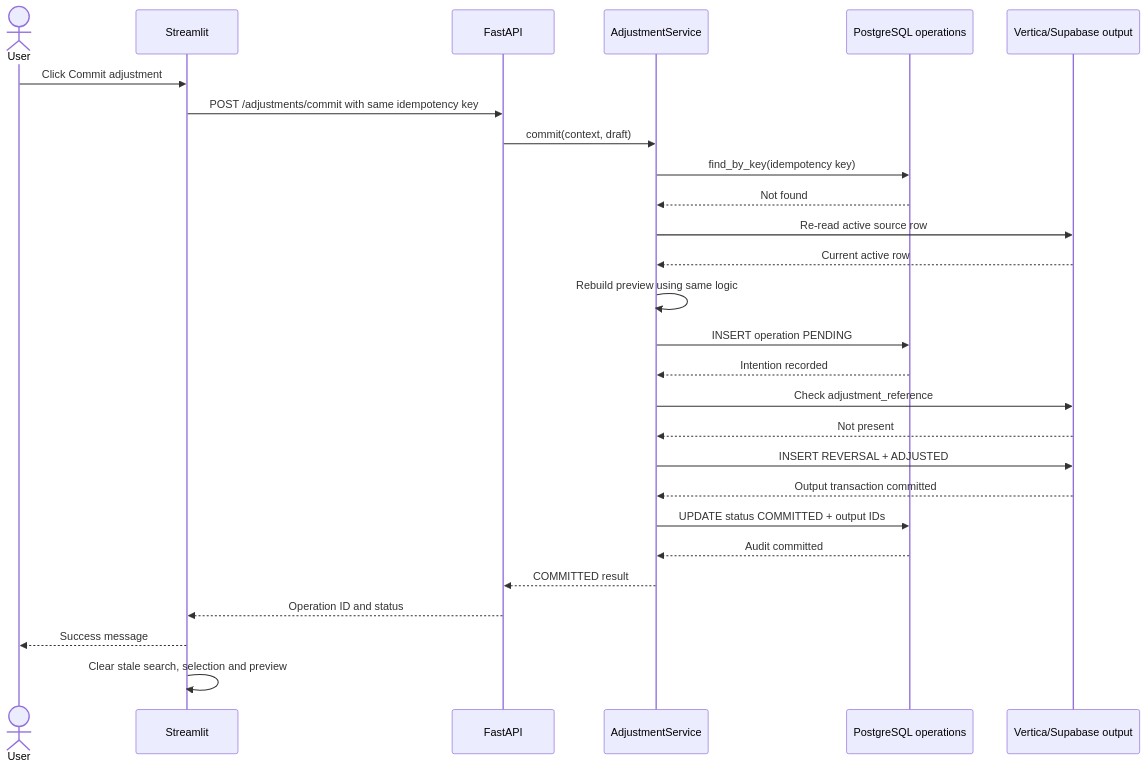
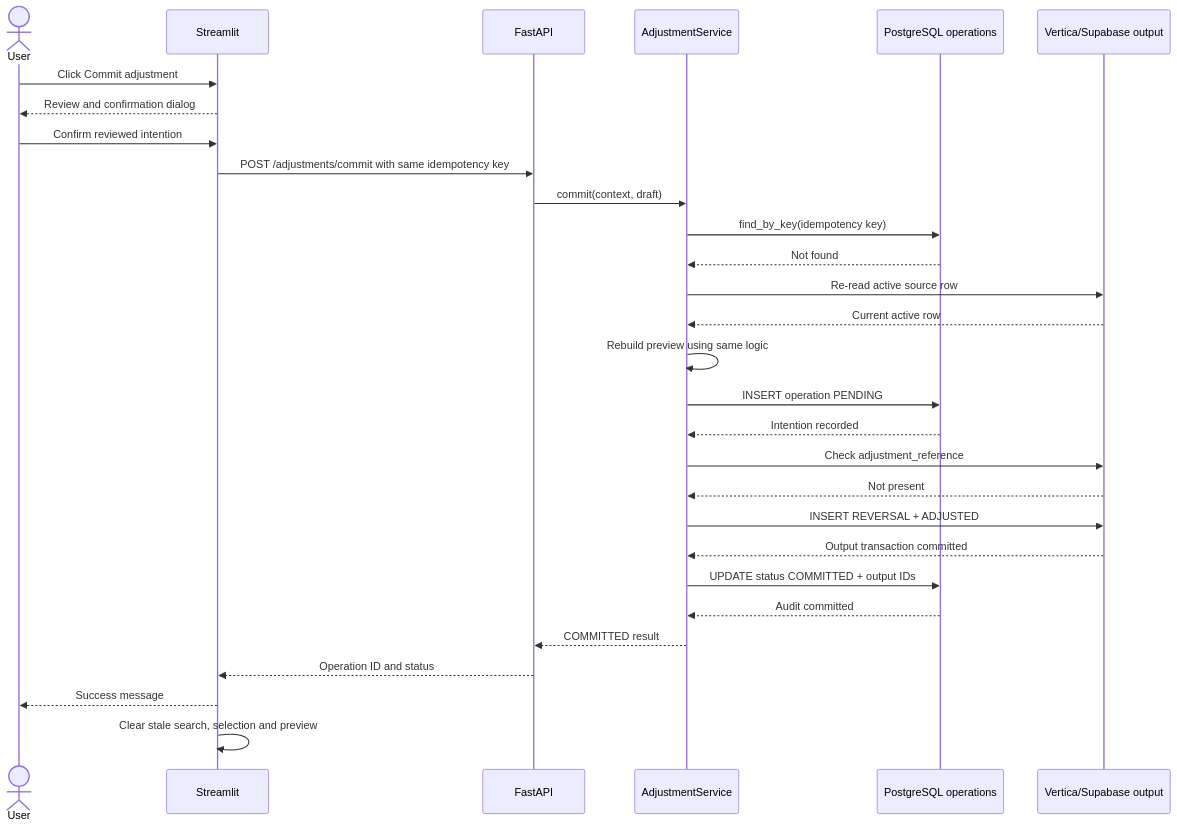
Before and after one commit to younesszaim/ajustement: the sixth of 11 diagrams in docs/streamlit-fastapi-architecture.md, drawn with Mermaid. The commit also changed other lines of this file and 5 other files, not shown here.

````diff
--- a/docs/streamlit-fastapi-architecture.md
+++ b/docs/streamlit-fastapi-architecture.md
@@ -565,30 +571,32 @@
 ```mermaid
 sequenceDiagram
     actor User
     participant UI as Streamlit
     participant API as FastAPI
     participant Service as AdjustmentService
     participant Meta as PostgreSQL operations
     participant Output as Vertica/Supabase output
 
     User->>UI: Click Commit adjustment
+    UI-->>User: Review and confirmation dialog
+    User->>UI: Confirm reviewed intention
     UI->>API: POST /adjustments/commit with same idempotency key
     API->>Service: commit(context, draft)
     Service->>Meta: find_by_key(idempotency key)
     Meta-->>Service: Not found
     Service->>Output: Re-read active source row
     Output-->>Service: Current active row
     Service->>Service: Rebuild preview using same logic
     Service->>Meta: INSERT operation PENDING
     Meta-->>Service: Intention recorded
     Service->>Output: Check adjustment_reference
     Output-->>Service: Not present
     Service->>Output: INSERT REVERSAL + ADJUSTED
     Output-->>Service: Output transaction committed
     Service->>Meta: UPDATE status COMMITTED + output IDs
     Meta-->>Service: Audit committed
     Service-->>API: COMMITTED result
     API-->>UI: Operation ID and status
     UI-->>User: Success message
     UI->>UI: Clear stale search, selection and preview
 ```
````
